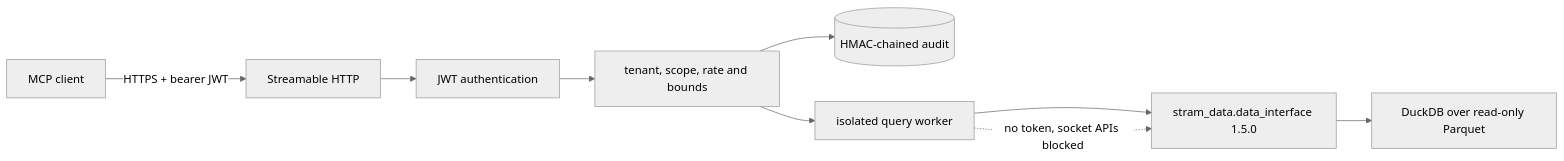
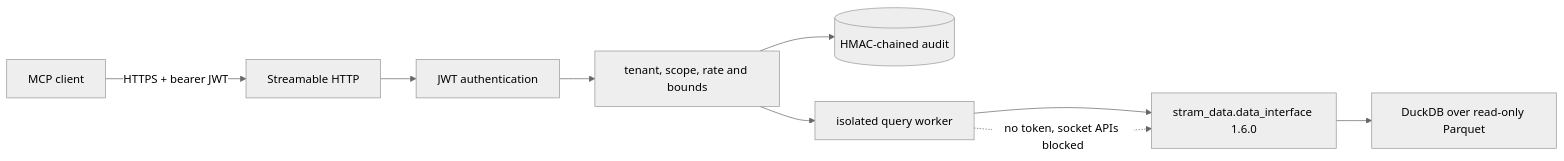
The diagram in README.md (SiddarthaKoppaka/stram_qualitative_mcp), drawn with Mermaid (neutral theme) before and after one commit. The commit also changed other lines of this file and 30 other files, not shown here.

Commit message:
M3: real qual_describe_coverage and qual_get_news_timeline on stram_data 1.6.0

````diff
--- a/README.md
+++ b/README.md
@@ -16,11 +15,11 @@
 ```mermaid
 flowchart LR
     C[MCP client] -->|HTTPS + bearer JWT| T[Streamable HTTP]
     T --> A[JWT authentication]
     A --> P[tenant, scope, rate and bounds]
     P --> J[(HMAC-chained audit)]
     P --> W[isolated query worker]
-    W --> I[stram_data.data_interface 1.5.0]
+    W --> I[stram_data.data_interface 1.6.0]
     I --> D[DuckDB over read-only Parquet]
     W -. no token, socket APIs blocked .-> I
 ```
````
